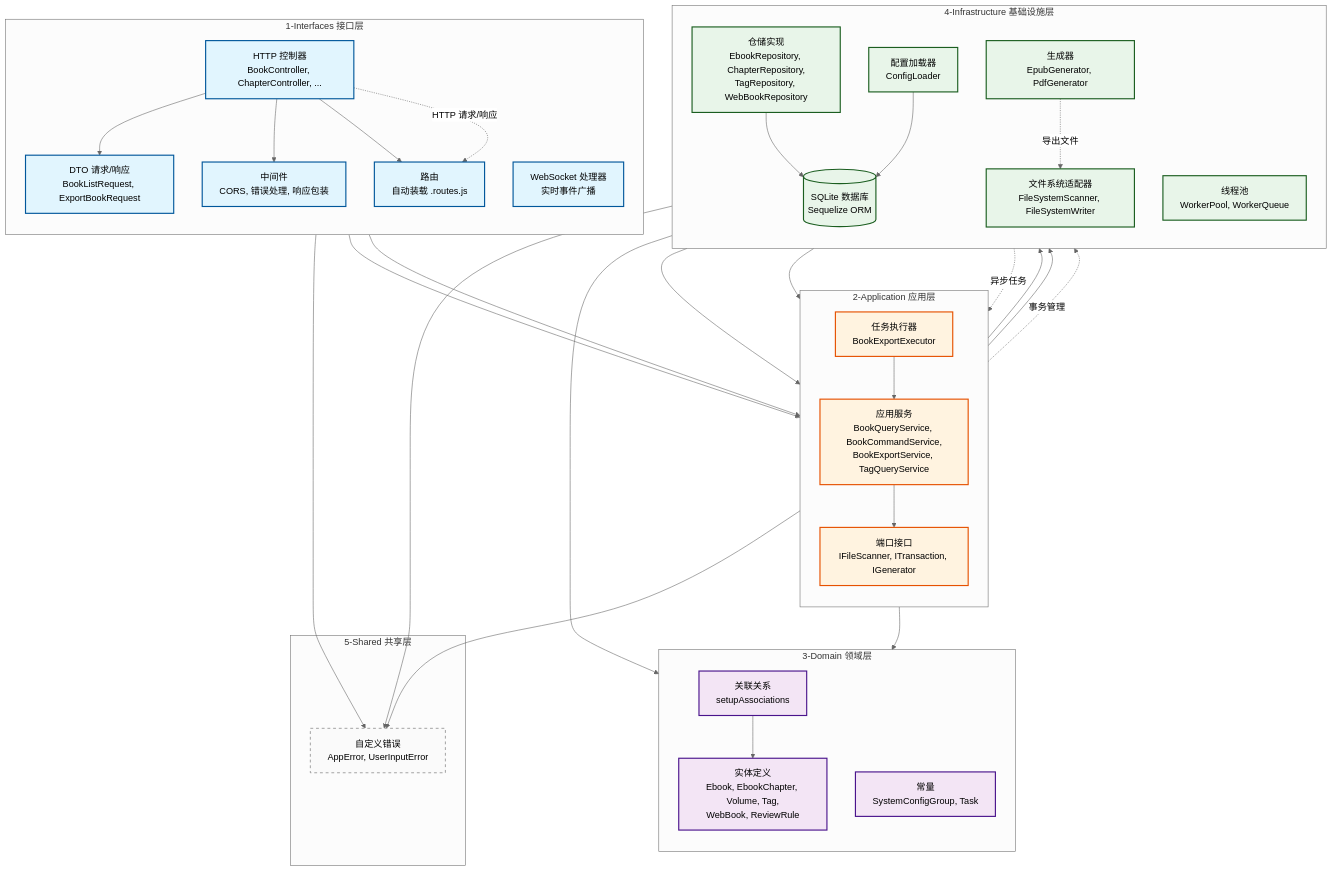
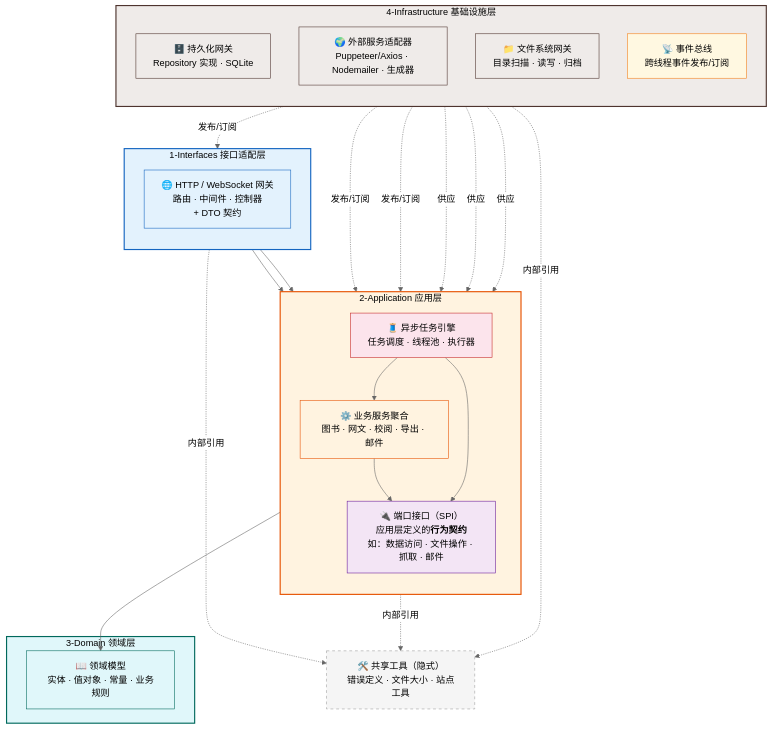
One commit to EbookWorkshop/Api-v4 changed the diagram in docs/architecture.mmd. Above: the diagram before and after it, drawn with Mermaid (neutral theme). The commit also changed 2 other files, not shown here.

Commit message:
更新系统逻辑架构图

```diff
--- a/docs/architecture.mmd
+++ b/docs/architecture.mmd
@@ -1,77 +1,99 @@
-graph TD
-    %% 样式定义
-    classDef interface fill:#e1f5fe,stroke:#01579b,stroke-width:2px;
-    classDef application fill:#fff3e0,stroke:#e65100,stroke-width:2px;
-    classDef domain fill:#f3e5f5,stroke:#4a148c,stroke-width:2px;
-    classDef infrastructure fill:#e8f5e9,stroke:#1b5e20,stroke-width:2px;
-    classDef shared fill:#fafafa,stroke:#616161,stroke-width:1px,stroke-dasharray: 5 5;
+flowchart TB
+%%    title: "EBook Workshop 系统逻辑架构图（依赖注入视角）"
 
-    subgraph "1-Interfaces 接口层"
+    subgraph L1["1-Interfaces 接口适配层"]
         direction TB
-        HTTP[HTTP 控制器<br/>BookController, ChapterController, ...]:::interface
-        WS[WebSocket 处理器<br/>实时事件广播]:::interface
-        DTO[DTO 请求/响应<br/>BookListRequest, ExportBookRequest]:::interface
-        MIDDLE[中间件<br/>CORS, 错误处理, 响应包装]:::interface
-        ROUTER[路由<br/>自动装载 .routes.js]:::interface
+        API["🌐 HTTP / WebSocket 网关<br/>路由 · 中间件 · 控制器<br/>+ DTO 契约"]
     end
 
-    subgraph "2-Application 应用层"
+    subgraph L2["2-Application 应用层"]
         direction TB
-        SVC[应用服务<br/>BookQueryService, BookCommandService,<br/>BookExportService, TagQueryService]:::application
-        PORT[端口接口<br/>IFileScanner, ITransaction, IGenerator]:::application
-        EXEC[任务执行器<br/>BookExportExecutor]:::application
+        APP["⚙️ 业务服务聚合<br/>图书 · 网文 · 校阅 · 导出 · 邮件"]
+        TASK["🧵 异步任务引擎<br/>任务调度 · 线程池 · 执行器"]
+        PORT["🔌 端口接口（SPI）<br/>应用层定义的<strong>行为契约</strong><br/>如：数据访问 · 文件操作 · 抓取 · 邮件"]
     end
 
-    subgraph "3-Domain 领域层"
-        direction TB
-        ENT[实体定义<br/>Ebook, EbookChapter, Volume, Tag,<br/>WebBook, ReviewRule]:::domain
-        ASSOC[关联关系<br/>setupAssociations]:::domain
-        CONST[常量<br/>SystemConfigGroup, Task]:::domain
+    subgraph L3["3-Domain 领域层"]
+        DOMAIN["📖 领域模型<br/>实体 · 值对象 · 常量 · 业务规则"]
     end
 
-    subgraph "4-Infrastructure 基础设施层"
+    subgraph L4["4-Infrastructure 基础设施层"]
         direction TB
-        DB[(SQLite 数据库<br/>Sequelize ORM)]:::infrastructure
-        REPO[仓储实现<br/>EbookRepository, ChapterRepository,<br/>TagRepository, WebBookRepository]:::infrastructure
-        GEN[生成器<br/>EpubGenerator, PdfGenerator]:::infrastructure
-        WORKER[线程池<br/>WorkerPool, WorkerQueue]:::infrastructure
-        FS[文件系统适配器<br/>FileSystemScanner, FileSystemWriter]:::infrastructure
-        CONFIG[配置加载器<br/>ConfigLoader]:::infrastructure
+        DB["🗄️ 持久化网关<br/>Repository 实现 · SQLite"]
+        EXTERNAL["🌍 外部服务适配器<br/>Puppeteer/Axios · Nodemailer · 生成器"]
+        FS["📁 文件系统网关<br/>目录扫描 · 读写 · 归档"]
+        EVENT["📡 事件总线<br/>跨线程事件发布/订阅"]
     end
 
-    subgraph "5-Shared 共享层"
-        ERR[自定义错误<br/>AppError, UserInputError]:::shared
-    end
+    %% ===== 依赖关系（明确区分：依赖 vs. 实现） =====
+    %% 接口层 → 应用层（使用）
+    API --> APP
+    API --> TASK
 
-    %% 依赖关系
-    HTTP --> SVC
-    HTTP --> DTO
-    HTTP --> MIDDLE
-    HTTP --> ROUTER
-    WS --> SVC
+    %% 应用层内部（依赖抽象）
+    APP --> PORT
+    APP --> DOMAIN
+    TASK --> APP
+    TASK --> PORT
 
-    SVC --> PORT
-    SVC --> REPO
-    SVC --> CONST
+    %% 基础设施层实现端口（供应方）
+    DB   -.->|供应| PORT
+    FS   -.->|供应| PORT
+    EXTERNAL -.->|供应| PORT
 
-    EXEC --> SVC
-    EXEC --> GEN
+    %% 领域层独立（不依赖任何外部层）
+    %% DB 内部的 ORM 模型引用了领域实体定义（这是代码物理依赖，但逻辑上不画箭头）
 
-    REPO --> ENT
-    REPO --> DB
-    ASSOC --> ENT
+    %% 事件总线的横切依赖
+    EVENT -.->|发布/订阅| APP
+    EVENT -.->|发布/订阅| TASK
+    EVENT -.->|发布/订阅| API
 
-    FS --> PORT
-    WORKER --> EXEC
+    %% ===== 共享工具（隐式） =====
+    API -.->|内部引用| SHARED["🛠️ 共享工具（隐式）<br/>错误定义 · 文件大小 · 站点工具"]
+    APP -.->|内部引用| SHARED
+    DB -.->|内部引用| SHARED
 
-    CONFIG --> DB
+    %% ===== 样式 =====
+    style L1 fill:#e3f2fd,stroke:#1565c0,stroke-width:2px,color:#000
+    style L2 fill:#fff3e0,stroke:#e65100,stroke-width:2px,color:#000
+    style L3 fill:#e0f7fa,stroke:#00695c,stroke-width:2px,color:#000
+    style L4 fill:#efebe9,stroke:#4e342e,stroke-width:2px,color:#000
 
-    MIDDLE --> ERR
-    SVC --> ERR
-    REPO --> ERR
+    style API fill:#e3f2fd,stroke:#1565c0,stroke-width:1px
+    style APP fill:#fff3e0,stroke:#e65100,stroke-width:1px
+    style TASK fill:#fce4ec,stroke:#c62828,stroke-width:1px
+    style PORT fill:#f3e5f5,stroke:#6a1b9a,stroke-width:1px
+    style DOMAIN fill:#e0f7fa,stroke:#00695c,stroke-width:1px
+    style DB fill:#efebe9,stroke:#4e342e,stroke-width:1px
+    style EXTERNAL fill:#efebe9,stroke:#4e342e,stroke-width:1px
+    style FS fill:#efebe9,stroke:#4e342e,stroke-width:1px
+    style EVENT fill:#fff8e1,stroke:#f57f17,stroke-width:1px
+    style SHARED fill:#f5f5f5,stroke:#9e9e9e,stroke-width:1px,stroke-dasharray:5 5
 
-    %% 数据流标注
-    HTTP -.->|HTTP 请求/响应| ROUTER
-    SVC -.->|事务管理| DB
-    GEN -.->|导出文件| FS
-    WORKER -.->|异步任务| EXEC
+
+%%   # 角色与目标
+%%   你是一位精通 C4 模型和软件架构文档的架构师。请根据我提供的系统变更信息，更新系统的“逻辑组件架构图（C4-Component Level）”。
+%%   
+%%   # 严格的绘图规则（请务必遵守，避免反复拉扯）
+%%   1. **图类型**：严格的“逻辑角色组件图”。
+%%      - 节点代表**职责聚合体**（如“HTTP 网关”、“任务引擎”），而不是具体类名或文件名。
+%%      - **不要**将初始化函数（如 `createMiniCore`）、工厂脚本（如 `*.assembler.js`）、子线程运行器（如 `run.js`）作为独立节点画出，它们属于“部署/构造细节”，应折叠进对应的逻辑组件中。
+%%   2. **粒度规则**：
+%%      - **节点总数**：严格控制在 8~12 个主要节点之间（不计子图），确保一屏可读。
+%%      - **命名风格**：使用“领域名词 + 组件后缀”（如“持久化网关”、“事件总线”）。
+%%   3. **依赖方向（核心）**：
+%%      - 必须体现**依赖倒置原则**（DIP）：接口层依赖应用层，应用层依赖领域层；基础设施层（具体实现）通过虚线箭头指向应用层的“端口接口”，表示“实现关系”。
+%%      - 箭头方向由外向内（高层指向低层），不得出现反向依赖。
+%%   4. **范围限定**：
+%%      - 仅关注核心业务逻辑和基础设施抽象。
+%%      - **忽略**纯工具函数（utils）、单纯的数据传输对象（DTO）细节（可合并到接口层子图内）。
+%%   5. **输出格式**：
+%%      - 输出 Mermaid 语法代码。
+%%      - 同时附带一份简短的“变更说明”，标注新增/移除/重命名的节点。
+%%   
+%%   # 本次代码迭代内容（请根据实际变更替换此部分）
+%%   [例如：新增了“AI 摘要服务”模块，移除了旧的 PDF 生成器，将导出功能拆分为“导出编排器”和“文档生成器”两个组件...]
+%%   
+%%   # 当前已有的架构图结构（供参考，若无可省略）
+%%   [此处可粘贴现有图的 Mermaid 代码，让 AI 在它基础上修改]
```
